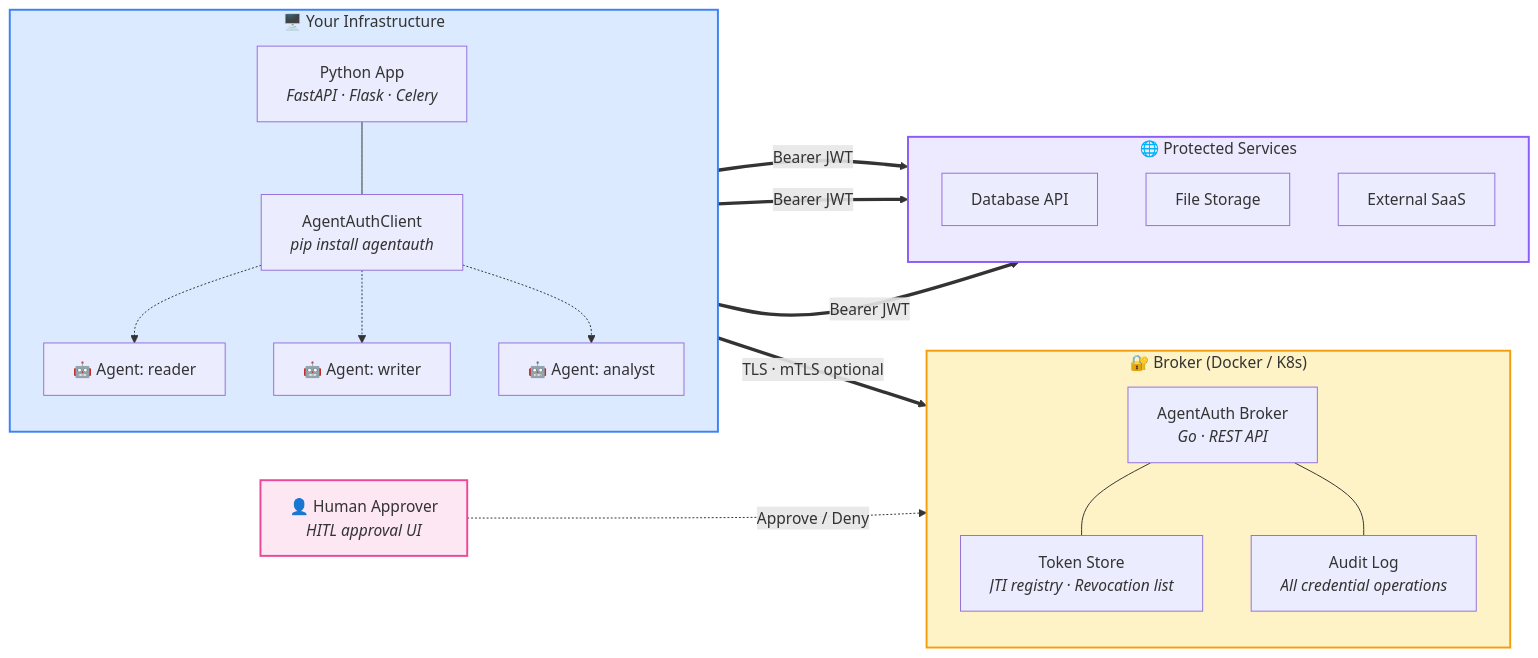
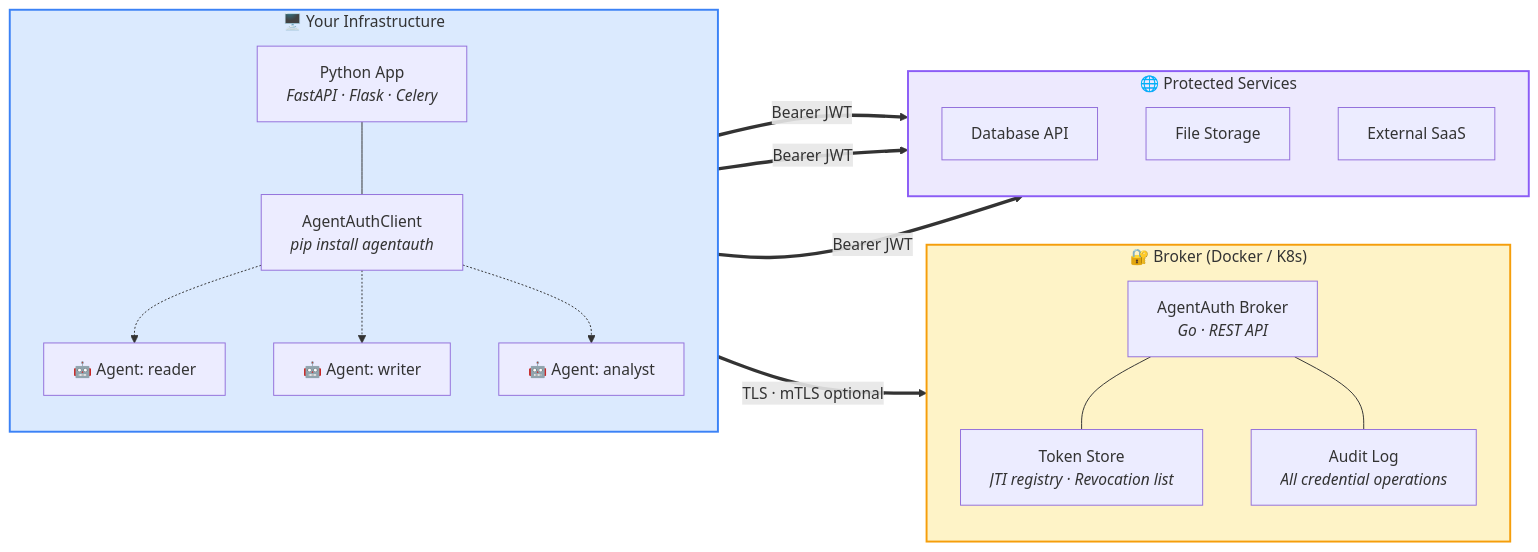
The second of 5 diagrams in README.md (devonartis/agentwrit-python), drawn with Mermaid before and after one commit. The commit also changed other lines of this file, not shown here.

First line of the commit message:
docs: remove all HITL references from README

````diff
--- a/README.md
+++ b/README.md
@@ -136,44 +123,39 @@
 ```mermaid
 graph LR
     subgraph AppHost["🖥️ Your Infrastructure"]
         direction TB
         App["Python App<br/><i>FastAPI · Flask · Celery</i>"]
         SDK["AgentAuthClient<br/><i>pip install agentauth</i>"]
         A1["🤖 Agent: reader"]
         A2["🤖 Agent: writer"]
         A3["🤖 Agent: analyst"]
         App --- SDK
         SDK -.-> A1
         SDK -.-> A2
         SDK -.-> A3
     end
 
     subgraph BrokerHost["🔐 Broker (Docker / K8s)"]
         direction TB
         BrokerAPI["AgentAuth Broker<br/><i>Go · REST API</i>"]
         Store["Token Store<br/><i>JTI registry · Revocation list</i>"]
         Audit["Audit Log<br/><i>All credential operations</i>"]
         BrokerAPI --- Store
         BrokerAPI --- Audit
     end
 
     subgraph Downstream["🌐 Protected Services"]
         direction TB
         DB["Database API"]
         Files["File Storage"]
         Ext["External SaaS"]
     end
 
-    Human["👤 Human Approver<br/><i>HITL approval UI</i>"]
-
     SDK ==>|"TLS · mTLS optional"| BrokerAPI
     A1 ==>|"Bearer JWT"| DB
     A2 ==>|"Bearer JWT"| Files
     A3 ==>|"Bearer JWT"| Ext
-    Human -.->|"Approve / Deny"| BrokerAPI
-
     style AppHost fill:#dbeafe,stroke:#3b82f6,stroke-width:2px
     style BrokerHost fill:#fef3c7,stroke:#f59e0b,stroke-width:2px
     style Downstream fill:#ede9fe,stroke:#8b5cf6,stroke-width:2px
-    style Human fill:#fce7f3,stroke:#ec4899,stroke-width:2px
 ```
````
